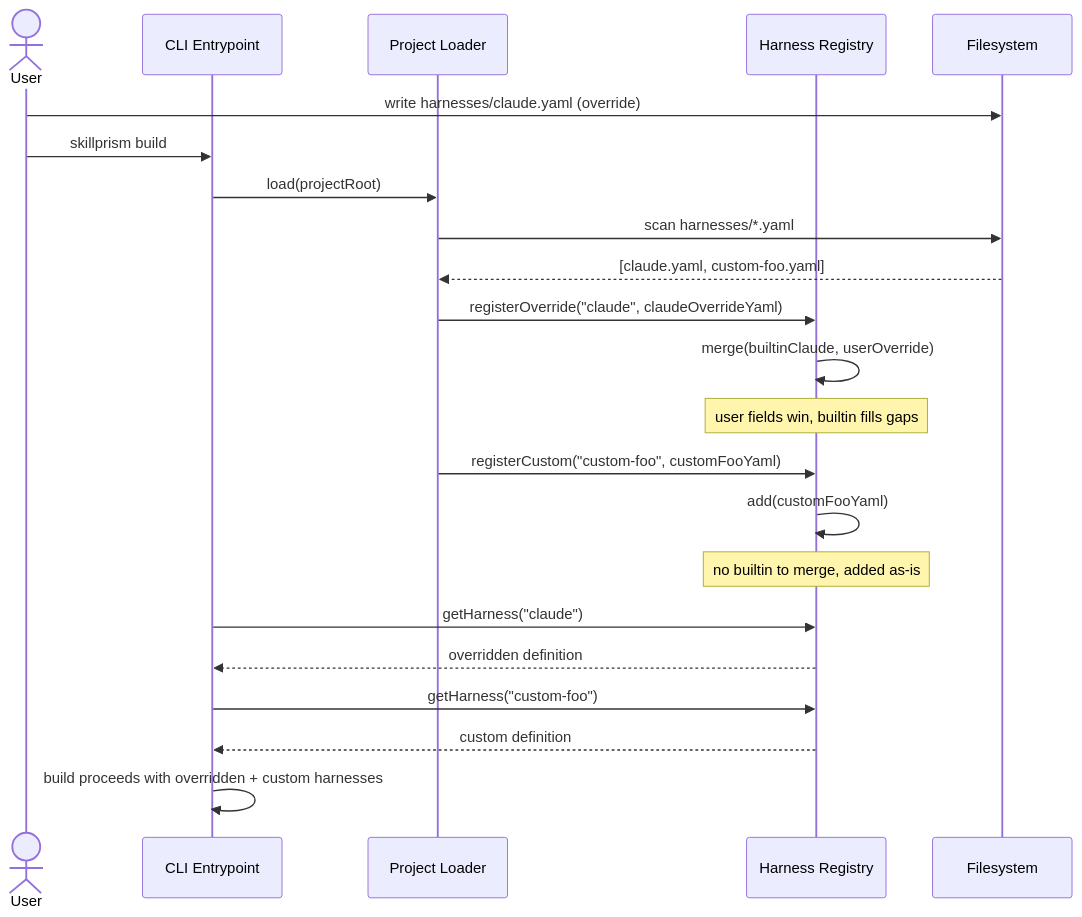
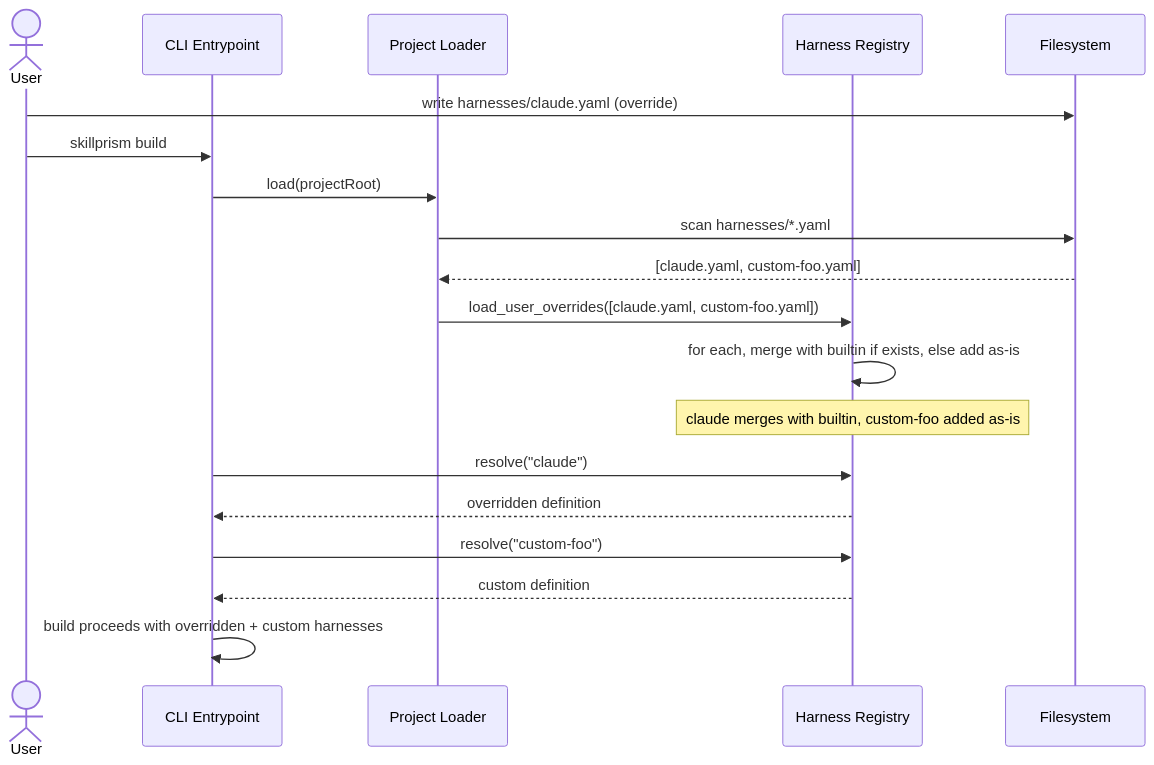
The diagram in .constitution/architecture/flows/flow-override-harness.md (Tuvren/skillprism), drawn with Mermaid before and after one commit. The commit also changed 40 other files, not shown here.

````diff
--- a/.constitution/architecture/flows/flow-override-harness.md
+++ b/.constitution/architecture/flows/flow-override-harness.md
@@ -9,30 +9,26 @@
 ```mermaid
 sequenceDiagram
   actor User
   participant CLI as CLI Entrypoint
   participant Loader as Project Loader
   participant Registry as Harness Registry
   participant FS as Filesystem
 
   User->>FS: write harnesses/claude.yaml (override)
   User->>CLI: skillprism build
 
   CLI->>Loader: load(projectRoot)
   Loader->>FS: scan harnesses/*.yaml
   FS-->>Loader: [claude.yaml, custom-foo.yaml]
 
-  Loader->>Registry: registerOverride("claude", claudeOverrideYaml)
-  Registry->>Registry: merge(builtinClaude, userOverride)
-  Note over Registry: user fields win, builtin fills gaps
+  Loader->>Registry: load_user_overrides([claude.yaml, custom-foo.yaml])
+  Registry->>Registry: for each, merge with builtin if exists, else add as-is
+  Note over Registry: claude merges with builtin, custom-foo added as-is
 
-  Loader->>Registry: registerCustom("custom-foo", customFooYaml)
-  Registry->>Registry: add(customFooYaml)
-  Note over Registry: no builtin to merge, added as-is
-
-  CLI->>Registry: getHarness("claude")
+  CLI->>Registry: resolve("claude")
   Registry-->>CLI: overridden definition
-  CLI->>Registry: getHarness("custom-foo")
+  CLI->>Registry: resolve("custom-foo")
   Registry-->>CLI: custom definition
 
   CLI->>CLI: build proceeds with overridden + custom harnesses
 ```
````
